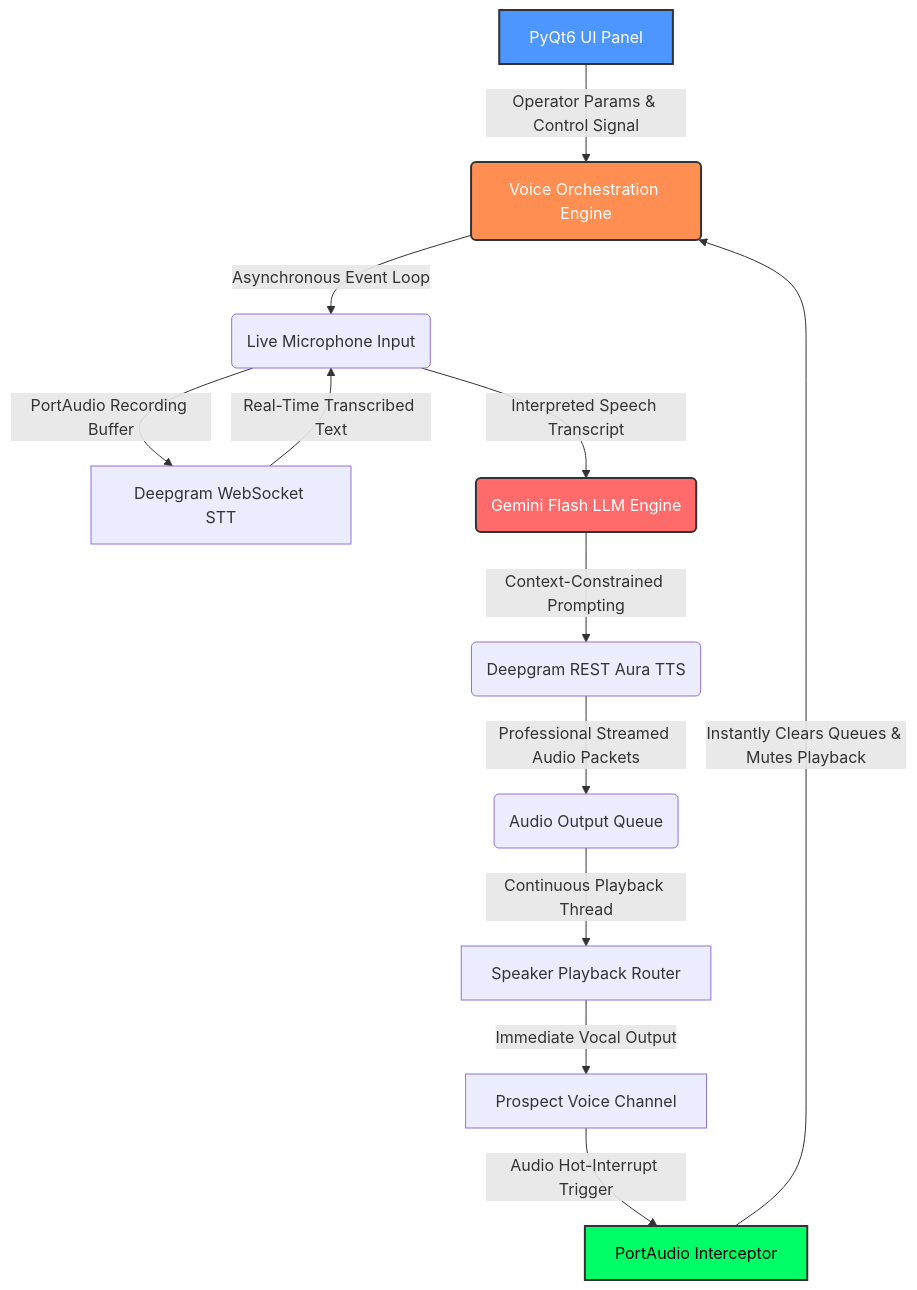
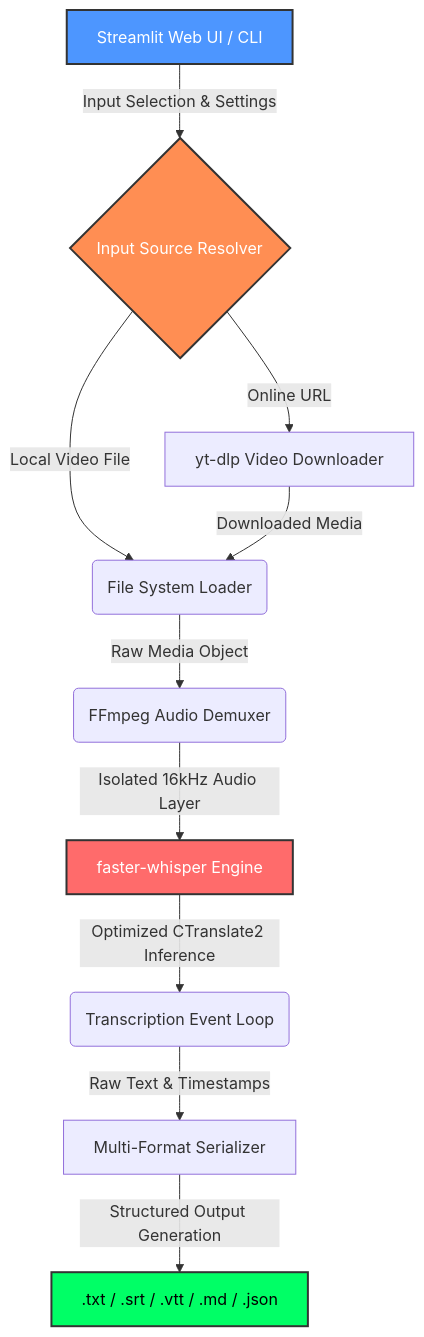
One commit to salmannasir2025/enterprise-poc-video-transcription changed the diagram in README.md. Above: the diagram before and after it, drawn with Mermaid.

Commit message:
docs: replace placeholder flow diagram with accurate OmniTranscript Pro pipeline

````diff
--- a/README.md
+++ b/README.md
@@ -16,19 +16,17 @@
 ```mermaid
 graph TD
-    A[PyQt6 UI Panel] -->|Operator Params & Control Signal| B(Voice Orchestration Engine)
-    B -->|Asynchronous Event Loop| C(Live Microphone Input)
-    C -->|PortAudio Recording Buffer| D[Deepgram WebSocket STT]
-    D -->|Real-Time Transcribed Text| C
-    C -->|Interpreted Speech Transcript| E(Gemini Flash LLM Engine)
-    E -->|Context-Constrained Prompting| F(Deepgram REST Aura TTS)
-    F -->|Professional Streamed Audio Packets| G(Audio Output Queue)
-    G -->|Continuous Playback Thread| H[Speaker Playback Router]
-    H -->|Immediate Vocal Output| I[Prospect Voice Channel]
-    I -->|Audio Hot-Interrupt Trigger| J[PortAudio Interceptor]
-    J -->|Instantly Clears Queues & Mutes Playback| B
+    A[Streamlit Web UI / CLI] -->|Input Selection & Settings| B{Input Source Resolver}
+    B -->|Local Video File| C(File System Loader)
+    B -->|Online URL| D[yt-dlp Video Downloader]
+    D -->|Downloaded Media| C
+    C -->|Raw Media Object| E(FFmpeg Audio Demuxer)
+    E -->|Isolated 16kHz Audio Layer| F[faster-whisper Engine]
+    F -->|Optimized CTranslate2 Inference| G(Transcription Event Loop)
+    G -->|Raw Text & Timestamps| H[Multi-Format Serializer]
+    H -->|Structured Output Generation| I[.txt / .srt / .vtt / .md / .json]
     
     style A fill:#4D96FF,stroke:#333,stroke-width:2px,color:#fff
     style B fill:#FF8E53,stroke:#333,stroke-width:2px,color:#fff
-    style E fill:#FF6B6B,stroke:#333,stroke-width:2px,color:#fff
-    style J fill:#00FF66,stroke:#333,stroke-width:2px,color:#000
+    style F fill:#FF6B6B,stroke:#333,stroke-width:2px,color:#fff
+    style I fill:#00FF66,stroke:#333,stroke-width:2px,color:#000
 ```
````
